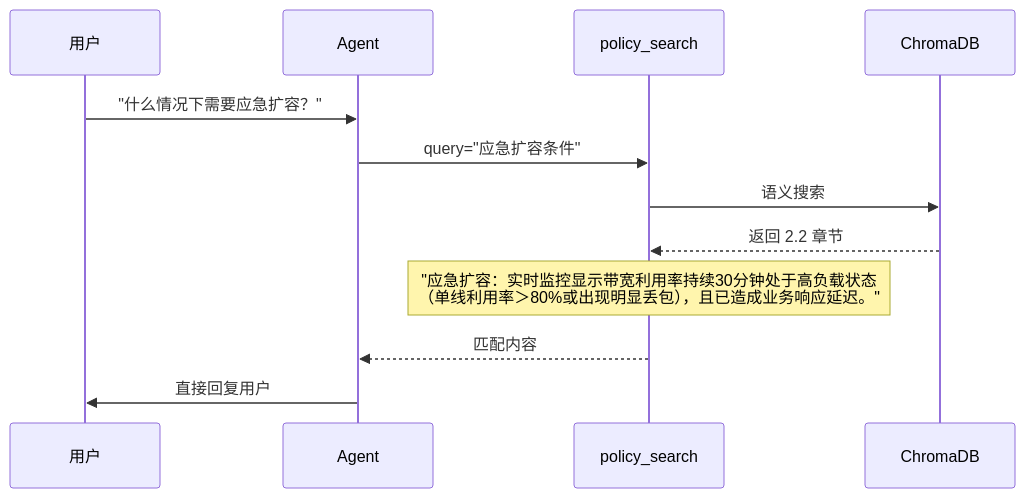
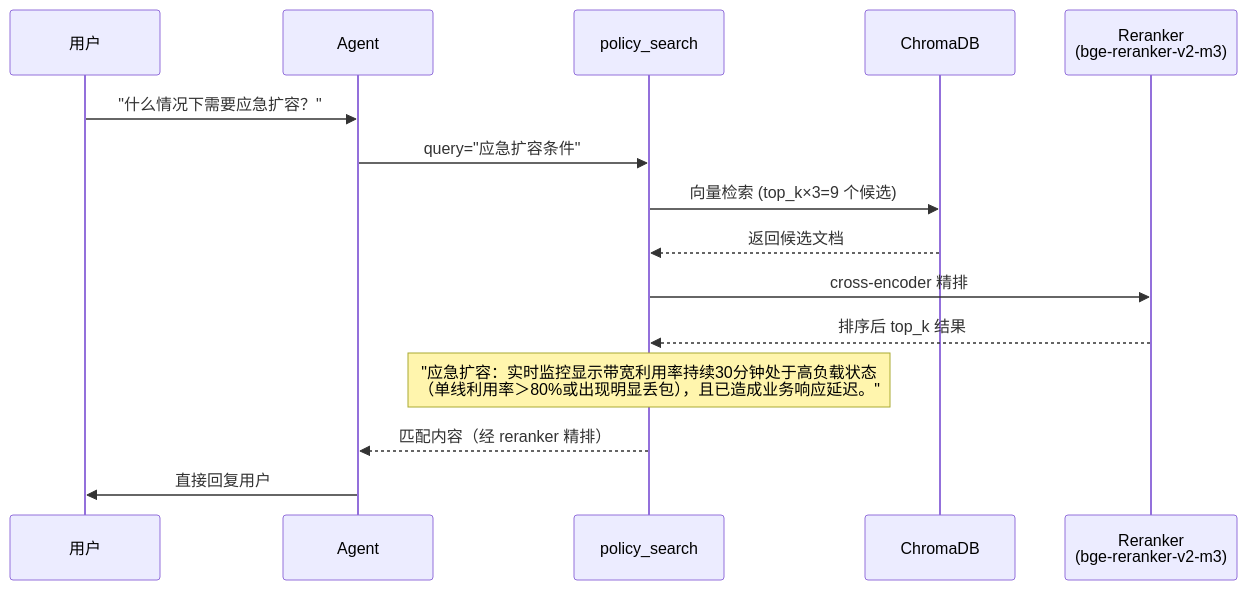
One commit to Matthewyin/deer-flow changed the fifth of 6 diagrams in docs/bandwidth-management-architecture.md. Above: the diagram before and after it, drawn with Mermaid. The commit also changed other lines of this file and 14 other files, not shown here.

````diff
--- a/docs/bandwidth-management-architecture.md
+++ b/docs/bandwidth-management-architecture.md
@@ -583,15 +596,18 @@
 ```mermaid
 sequenceDiagram
     participant U as 用户
     participant A as Agent
     participant P as policy_search
     participant R as ChromaDB
+    participant RR as Reranker<br/>(bge-reranker-v2-m3)
 
     U->>A: "什么情况下需要应急扩容？"
     A->>P: query="应急扩容条件"
-    P->>R: 语义搜索
-    R-->>P: 返回 2.2 章节
+    P->>R: 向量检索 (top_k×3=9 个候选)
+    R-->>P: 返回候选文档
+    P->>RR: cross-encoder 精排
+    RR-->>P: 排序后 top_k 结果
     Note over P: "应急扩容：实时监控显示带宽利用率持续30分钟处于高负载状态<br/>（单线利用率＞80%或出现明显丢包），且已造成业务响应延迟。"
-    P-->>A: 匹配内容
+    P-->>A: 匹配内容（经 reranker 精排）
     A->>U: 直接回复用户
 ```
````
